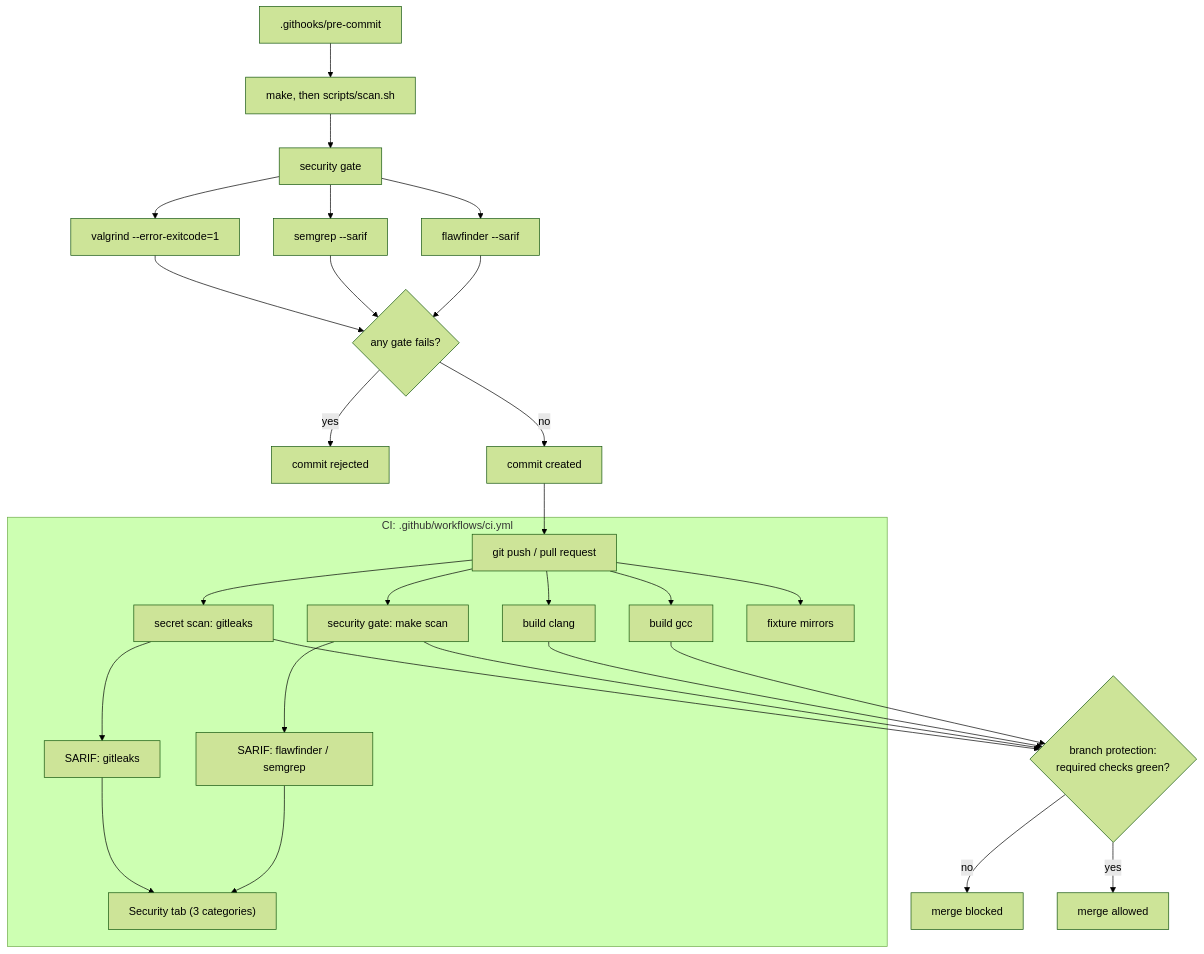
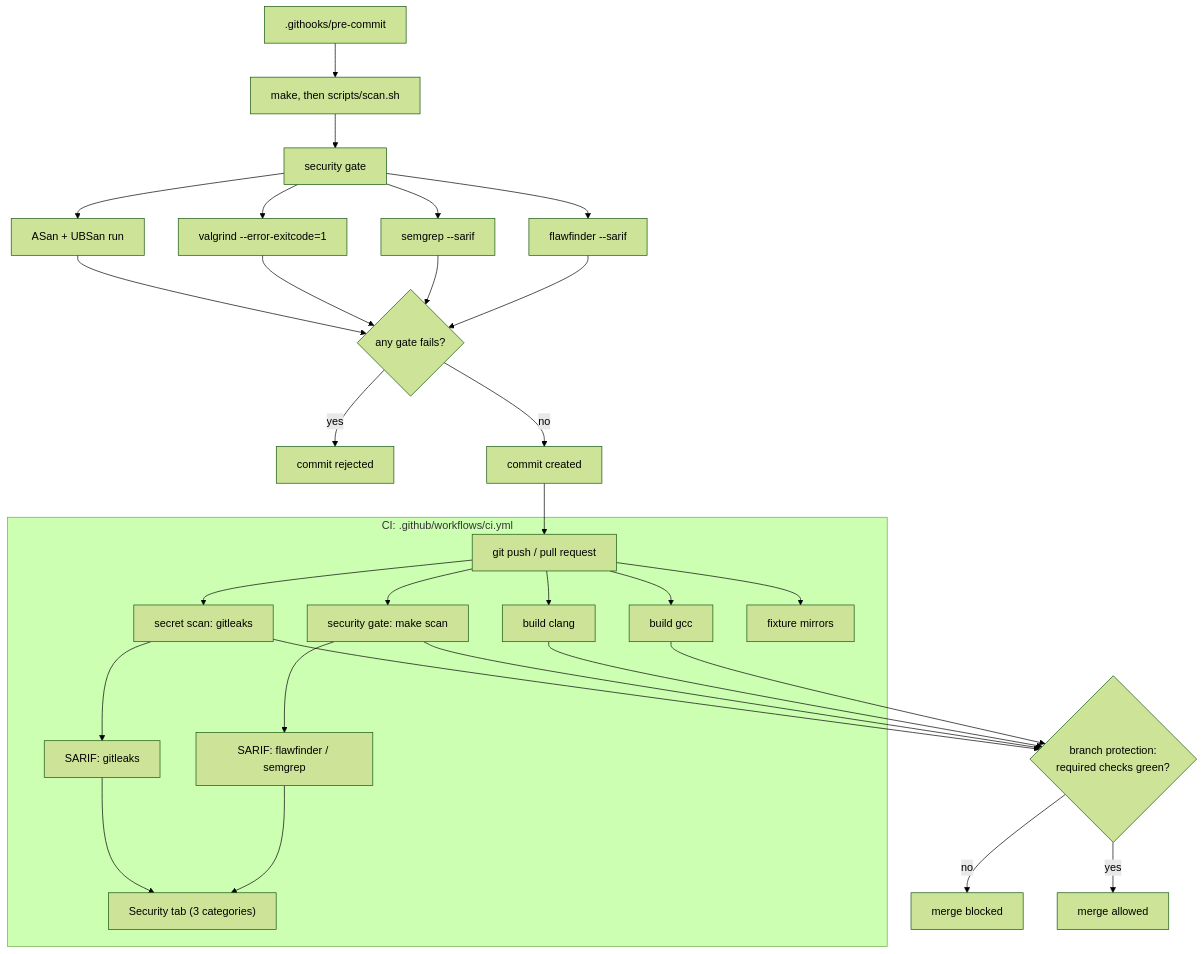
One commit to Arnaud1404/c-secure-build changed the diagram in README.md. Above: the diagram before and after it, drawn with Mermaid (forest theme). The commit also changed other lines of this file and 2 other files, not shown here.

Commit message:
fix: block the gate on ASan and restore the v2 test payload

````diff
--- a/README.md
+++ b/README.md
@@ -13,29 +13,30 @@
 ```mermaid
 flowchart TD
     A[".githooks/pre-commit"] --> B["make, then scripts/scan.sh"]
     B --> C["security gate"]
     C --> C1["flawfinder --sarif"]
     C --> C2["semgrep --sarif"]
     C --> C3["valgrind --error-exitcode=1"]
-    C1 & C2 & C3 --> D{"any gate fails?"}
+    C --> C4["ASan + UBSan run"]
+    C1 & C2 & C3 & C4 --> D{"any gate fails?"}
     D -->|yes| E["commit rejected"]
     D -->|no| F["commit created"]
 
     F --> G["git push / pull request"]
 
     subgraph CI["CI: .github/workflows/ci.yml"]
         G --> H1["build gcc"]
         G --> H2["build clang"]
         G --> H3["security gate: make scan"]
         G --> H4["secret scan: gitleaks"]
         G --> H5["fixture mirrors"]
         H3 --> S1["SARIF: flawfinder / semgrep"]
         H4 --> S2["SARIF: gitleaks"]
         S1 --> T["Security tab (3 categories)"]
         S2 --> T
     end
 
     H1 & H2 & H3 & H4 --> P{"branch protection:<br/>required checks green?"}
     P -->|no| M["merge blocked"]
     P -->|yes| N["merge allowed"]
 ```
````
